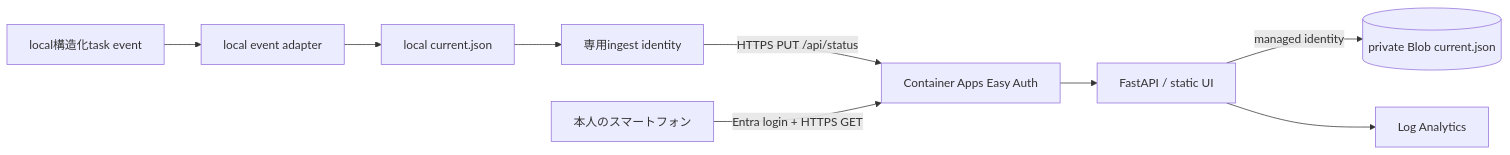
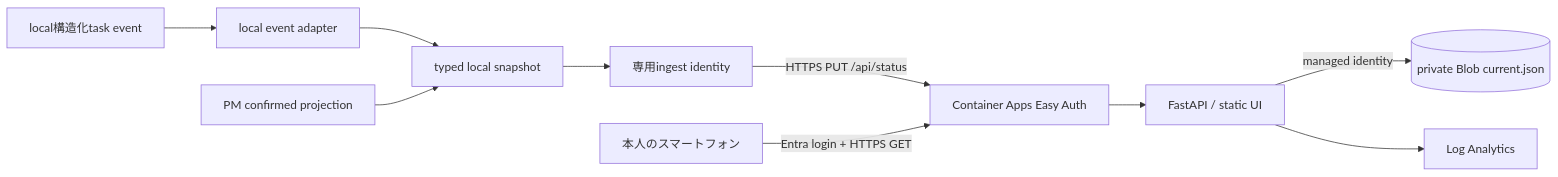
Before and after one commit to yomote/agent-world: the diagram in docs/adr/0007-azure-management-status.md, drawn with Mermaid. The commit also changed other lines of this file and 23 other files, not shown here.

````diff
--- a/docs/adr/0007-azure-management-status.md
+++ b/docs/adr/0007-azure-management-status.md
@@ -20,11 +20,12 @@
 ```mermaid
 flowchart LR
   Logs[local構造化task event] --> Adapter[local event adapter]
-  Adapter --> Local[local current.json]
+  Adapter --> Local[typed local snapshot]
+  PM[PM confirmed projection] --> Local
   Local --> Publisher[専用ingest identity]
   Publisher -->|HTTPS PUT /api/status| Auth[Container Apps Easy Auth]
   Phone[本人のスマートフォン] -->|Entra login + HTTPS GET| Auth
   Auth --> API[FastAPI / static UI]
   API -->|managed identity| Blob[(private Blob current.json)]
   API --> LogsAzure[Log Analytics]
 ```
````
